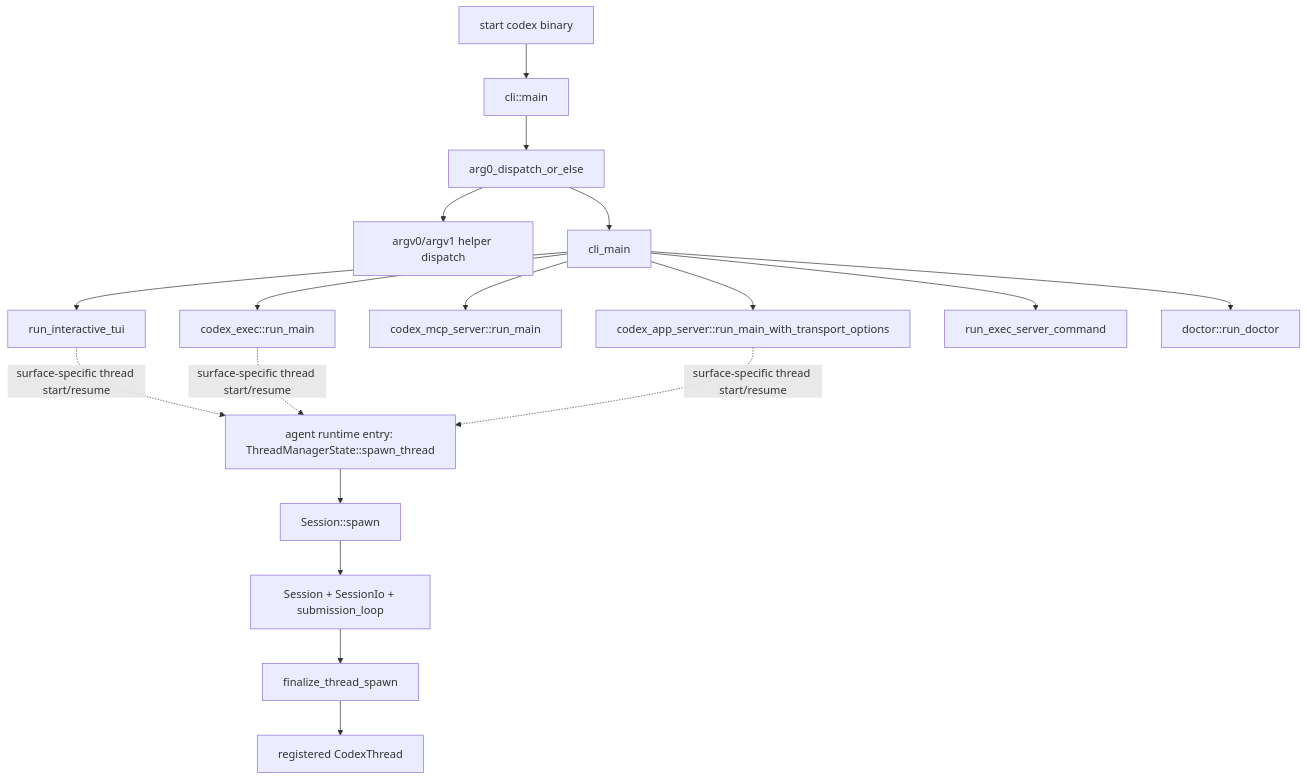
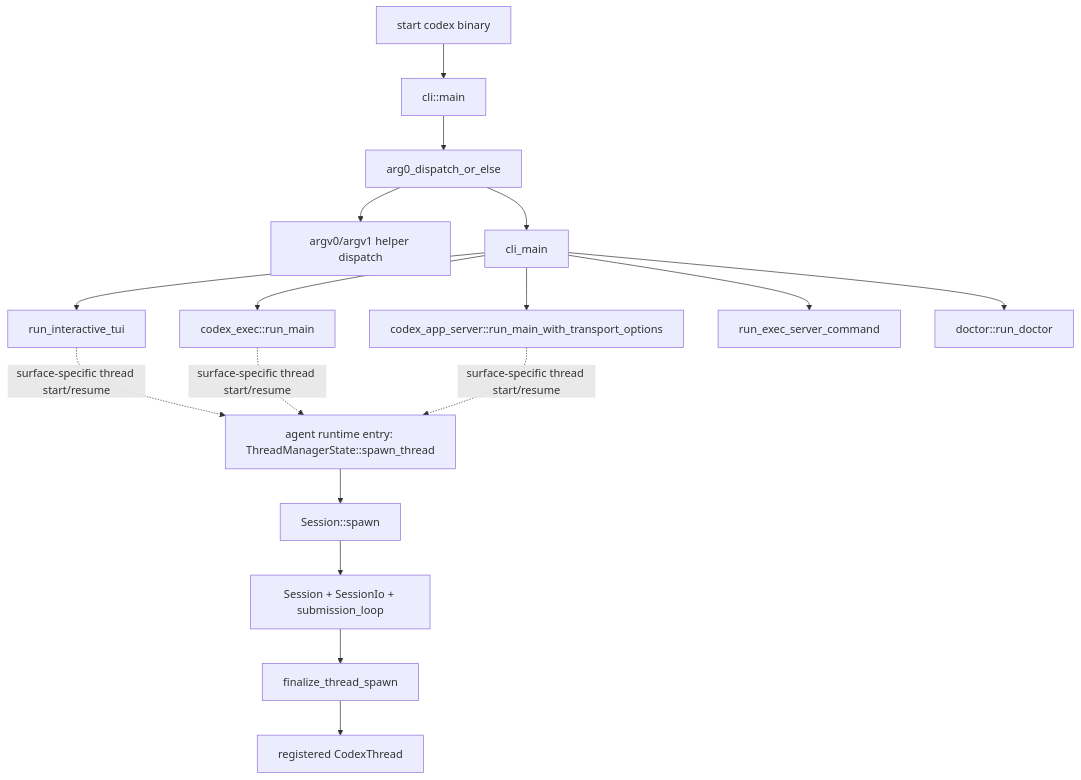
One commit to wdnmdtonyma/SOTA-Agent-LLM-Wiki changed the diagram in docs/llm-wiki/codex/spine/process-lifecycle.md. Above: the diagram before and after it, drawn with Mermaid. The commit also changed other lines of this file and 195 other files, not shown here.

````diff
--- a/docs/llm-wiki/codex/spine/process-lifecycle.md
+++ b/docs/llm-wiki/codex/spine/process-lifecycle.md
@@ -23,21 +23,20 @@
 ```mermaid
 flowchart TD
     OS["start codex binary"] --> MAIN["cli::main"]
     MAIN --> ARG0["arg0_dispatch_or_else"]
     ARG0 --> ALIAS["argv0/argv1 helper dispatch"]
     ARG0 --> CLI["cli_main"]
     CLI --> TUI["run_interactive_tui"]
     CLI --> EXEC["codex_exec::run_main"]
-    CLI --> MCP["codex_mcp_server::run_main"]
     CLI --> APP["codex_app_server::run_main_with_transport_options"]
     CLI --> EXECSERVER["run_exec_server_command"]
     CLI --> DOCTOR["doctor::run_doctor"]
     TM["agent runtime entry: ThreadManagerState::spawn_thread"]
     TUI -. "surface-specific thread start/resume" .-> TM
     EXEC -. "surface-specific thread start/resume" .-> TM
     APP -. "surface-specific thread start/resume" .-> TM
     TM --> SPAWN["Session::spawn"]
     SPAWN --> SESSION["Session + SessionIo + submission_loop"]
     SESSION --> FINALIZE["finalize_thread_spawn"]
     FINALIZE --> THREAD["registered CodexThread"]
 ```
````
